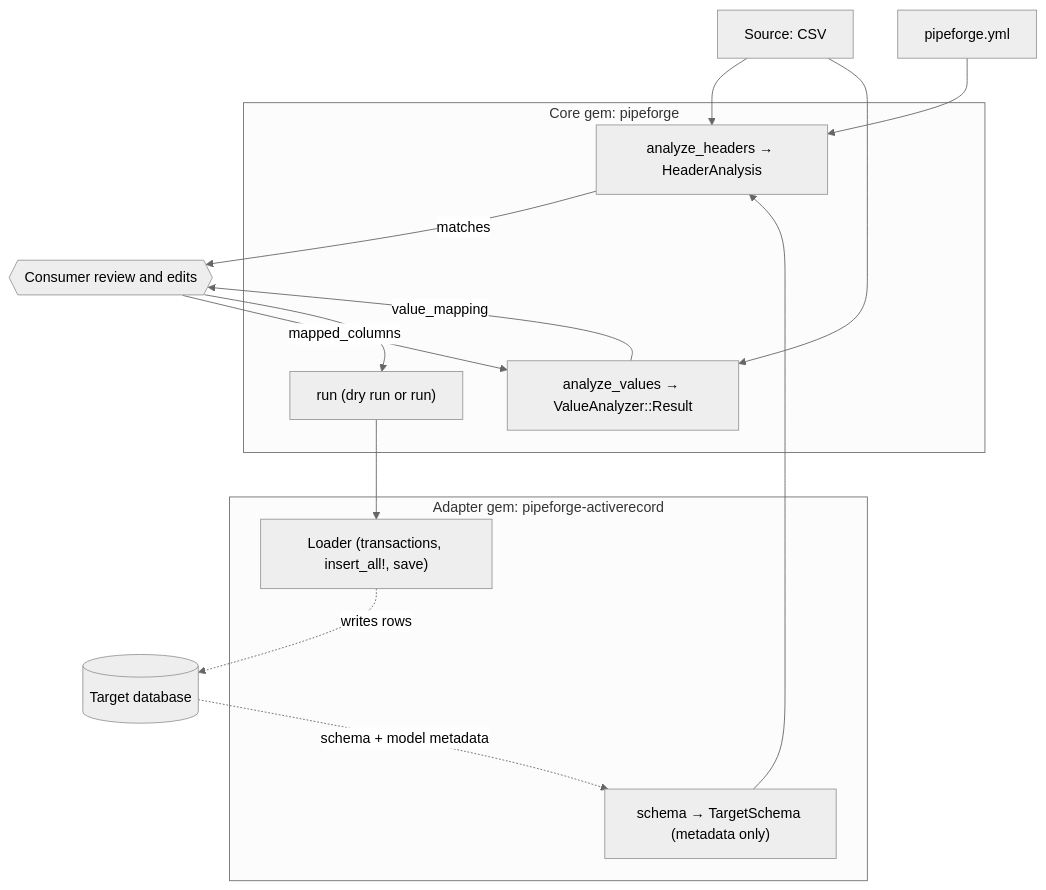
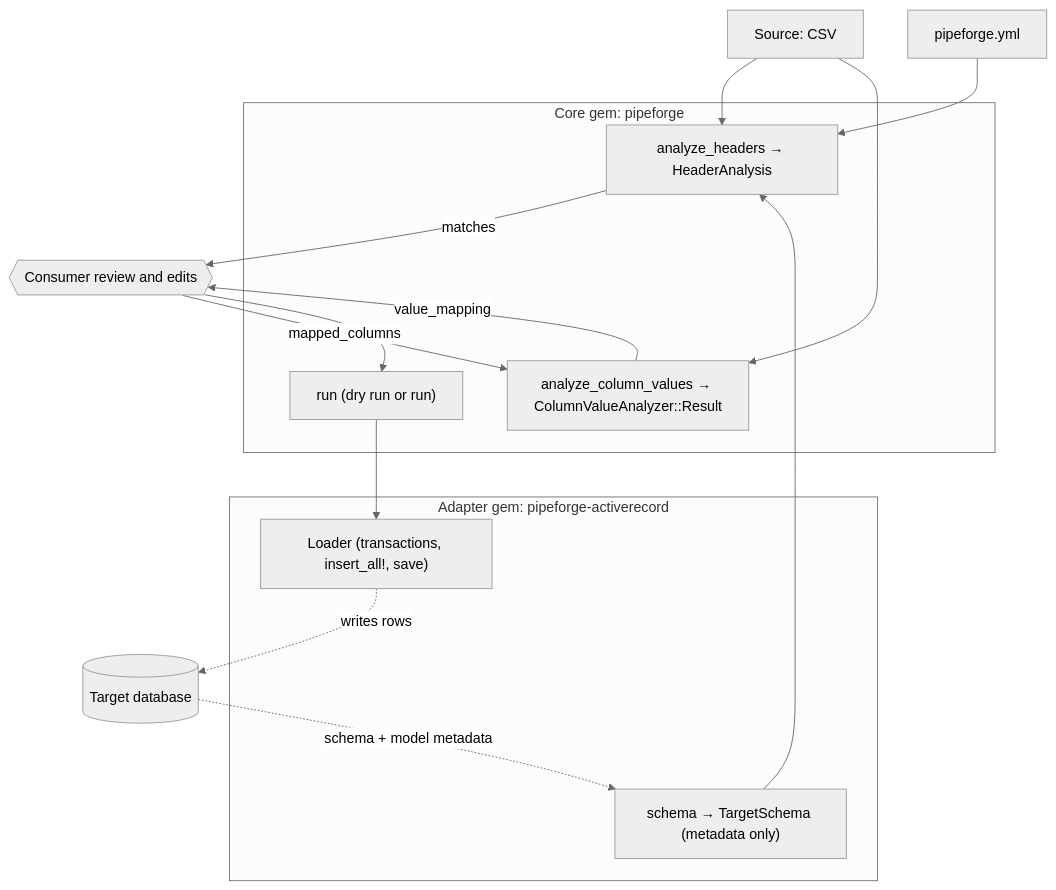
Before and after one commit to venkydev02/Pipeforge: the first of 2 diagrams in docs/architecture/overview.md, drawn with Mermaid (neutral theme). The commit also changed other lines of this file and 51 other files, not shown here.

````diff
--- a/docs/architecture/overview.md
+++ b/docs/architecture/overview.md
@@ -59,30 +59,30 @@
 ```mermaid
 flowchart TD
     Source[Source: CSV]
     DB[(Target database)]
     Config[pipeforge.yml]
 
     subgraph Core["Core gem: pipeforge"]
         Headers["analyze_headers → HeaderAnalysis"]
-        Values["analyze_values → ValueAnalyzer::Result"]
+        Values["analyze_column_values → ColumnValueAnalyzer::Result"]
         Runtime["run (dry run or run)"]
     end
 
     subgraph Adapter["Adapter gem: pipeforge-activerecord"]
         Schema["schema → TargetSchema (metadata only)"]
         Loader["Loader (transactions, insert_all!, save)"]
     end
 
     Consumer{{"Consumer review and edits"}}
 
     Source --> Headers
     DB -. "schema + model metadata" .-> Schema --> Headers
     Config --> Headers
     Headers -->|"matches"| Consumer
     Consumer -->|"mapped_columns"| Values
     Source --> Values
     Values -->|"value_mapping"| Consumer
     Consumer --> Runtime
     Runtime --> Loader
     Loader -. writes rows .-> DB
 ```
````
